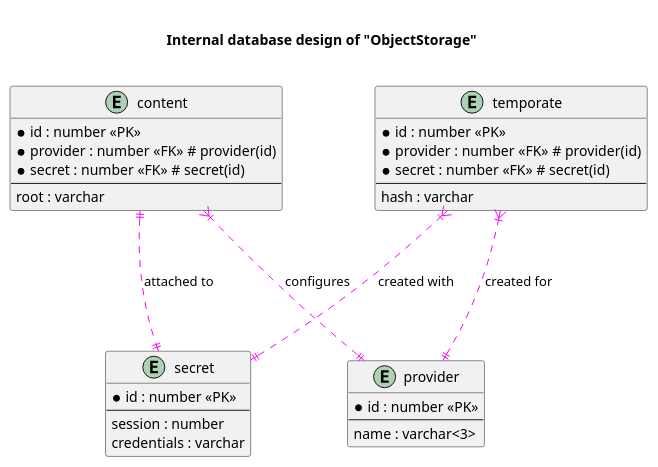
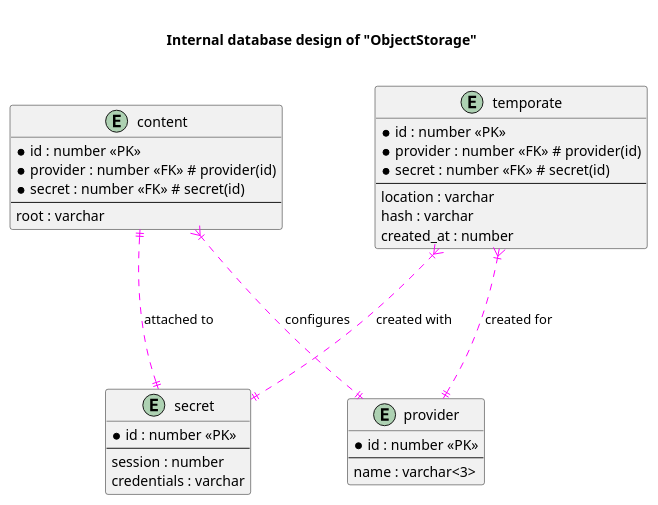
The diagram in docs/internal-database-design.md (YarikRevich/ObjectStorage), drawn with PlantUML before and after one commit. The commit also changed 3 other files, not shown here.

Commit message:
fix: updated diagrams (#29)

````diff
--- a/docs/internal-database-design.md
+++ b/docs/internal-database-design.md
@@ -1,43 +1,45 @@
 ```plantuml
 !pragma teoz true
 
 title
 
 Internal database design of "ObjectStorage"
 
 end title
 
 entity "secret" {
     *id : number <<PK>>
     --
     session : number
     credentials : varchar
 }
 
 entity "provider" {
     *id : number <<PK>>
     --
     name : varchar<3>
 }
 
 entity "content" {
     *id : number <<PK>>
     *provider : number <<FK>> # provider(id)
     *secret : number <<FK>> # secret(id)
     --
     root : varchar
 }
 
 entity "temporate" {
     *id : number <<PK>>
     *provider : number <<FK>> # provider(id)
     *secret : number <<FK>> # secret(id)
     --
+    location : varchar
     hash : varchar
+    created_at : number
 }
 
 content ||...|| secret #magenta : attached to
 content }|...|| provider  #magenta : configures
 temporate }|...|| secret #magenta : created with
 temporate }|...|| provider  #magenta : created for
 ```
````
